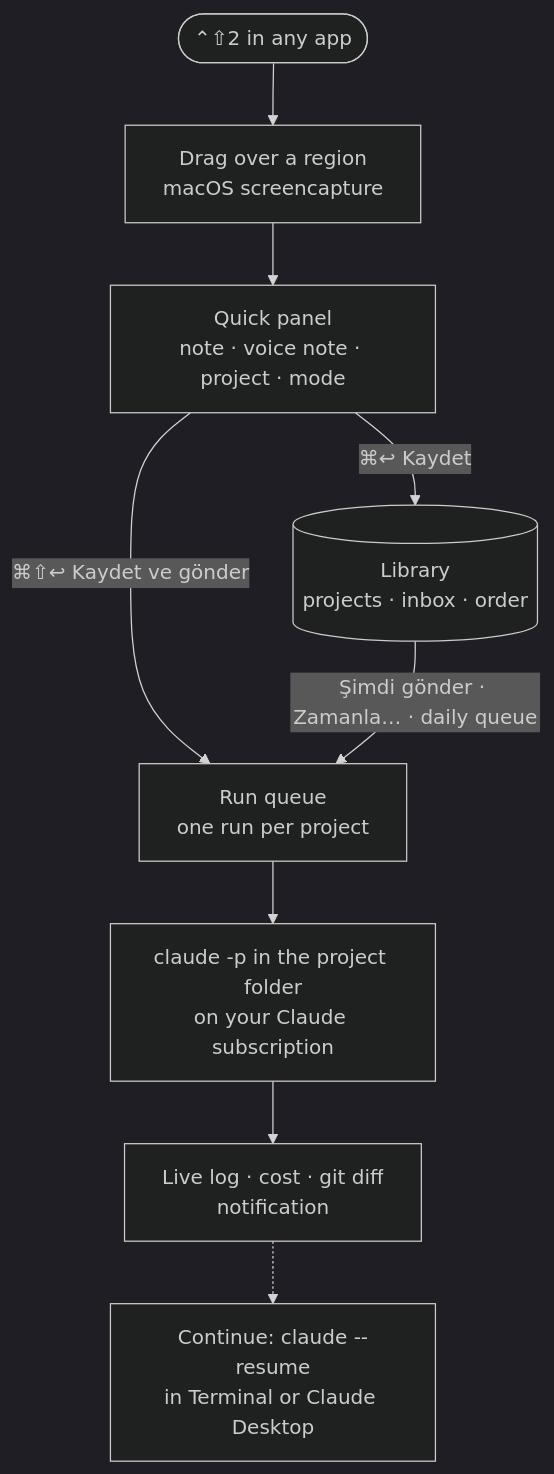
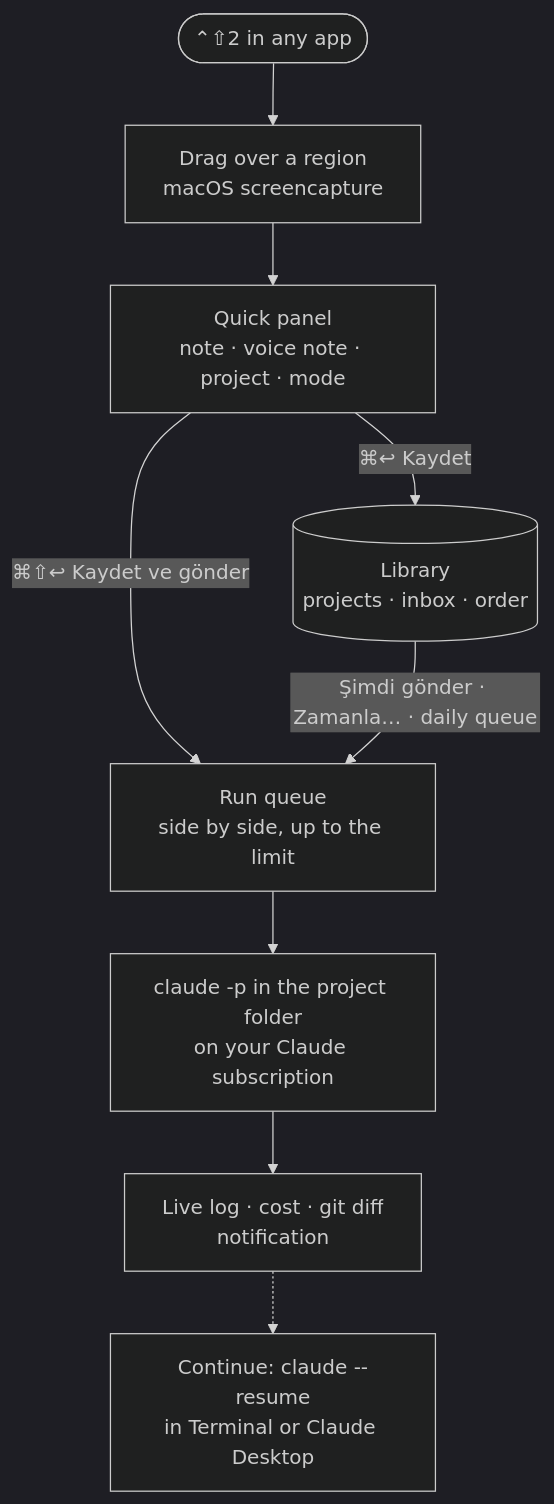
Before and after one commit to egekibar/Shotcue: the first of 2 diagrams in README.md, drawn with Mermaid (dark theme). The commit also changed other lines of this file and 3 other files, not shown here.

````diff
--- a/README.md
+++ b/README.md
@@ -98,11 +98,11 @@
 ```mermaid
 flowchart TB
     A(["⌃⇧2 in any app"]) --> B["Drag over a region<br/>macOS screencapture"]
     B --> C["Quick panel<br/>note · voice note · project · mode"]
     C -- "⌘↩ Kaydet" --> D[("Library<br/>projects · inbox · order")]
     C -- "⌘⇧↩ Kaydet ve gönder" --> E
-    D -- "Şimdi gönder · Zamanla… · daily queue" --> E["Run queue<br/>one run per project"]
+    D -- "Şimdi gönder · Zamanla… · daily queue" --> E["Run queue<br/>side by side, up to the limit"]
     E --> F["claude -p in the project folder<br/>on your Claude subscription"]
     F --> G["Live log · cost · git diff<br/>notification"]
     G -.-> H["Continue: claude --resume<br/>in Terminal or Claude Desktop"]
 ```
````
